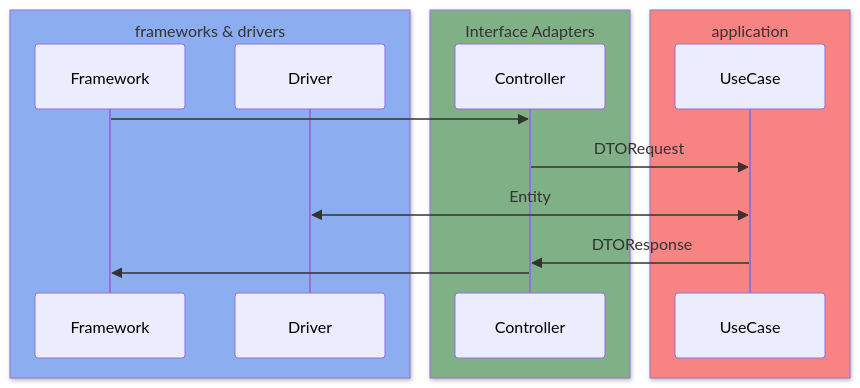
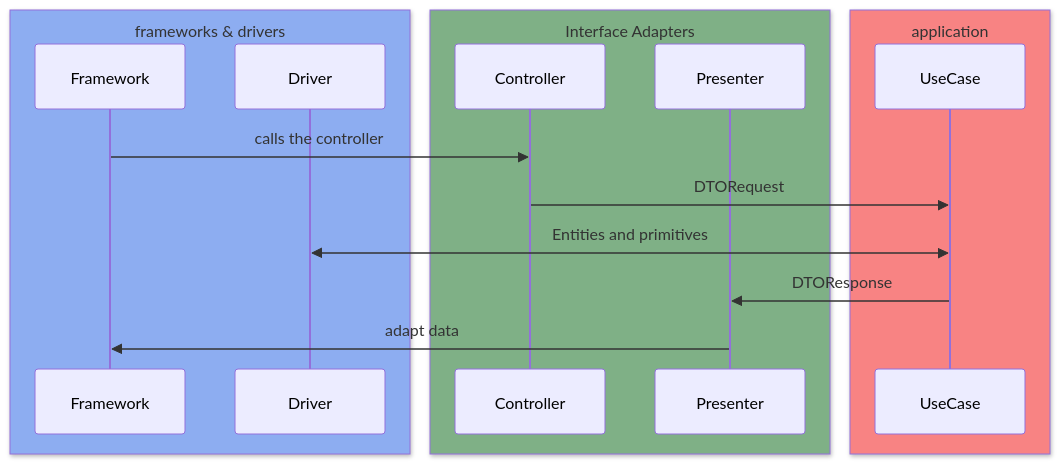
One commit to josueelias9/improving-BCP-organizate changed the fourth of 4 diagrams in README.md. Above: the diagram before and after it, drawn with Mermaid. The commit also changed other lines of this file and 4 other files, not shown here.

````diff
--- a/README.md
+++ b/README.md
@@ -132,19 +148,23 @@
 ```mermaid
 sequenceDiagram
     box rgb(141, 173, 241) frameworks & drivers
     participant Framework
     participant Driver
     end
+
     box rgb(127, 176, 134) Interface Adapters 
     participant Controller
+    participant Presenter
     end
+    
     box rgb(248, 131, 131) application
     participant UseCase
     end
-    Framework->>Controller:
+    
+    Framework->>Controller: calls the controller
     Controller->>UseCase: DTORequest
-    Driver<<->>UseCase: Entity
-    UseCase->>Controller: DTOResponse
-    Controller->>Framework:
+    Driver<<->>UseCase: Entities and primitives
+    UseCase->>Presenter: DTOResponse
+    Presenter->>Framework: adapt data
     
 ```
````
